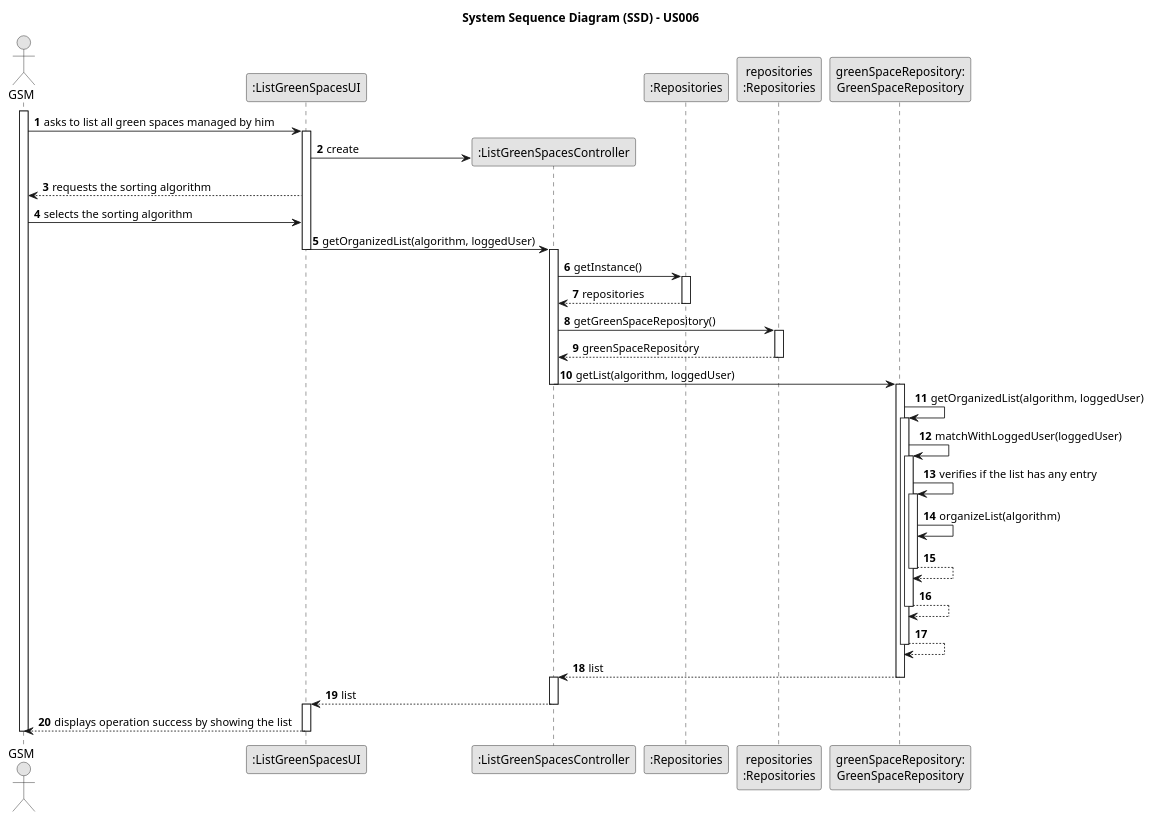
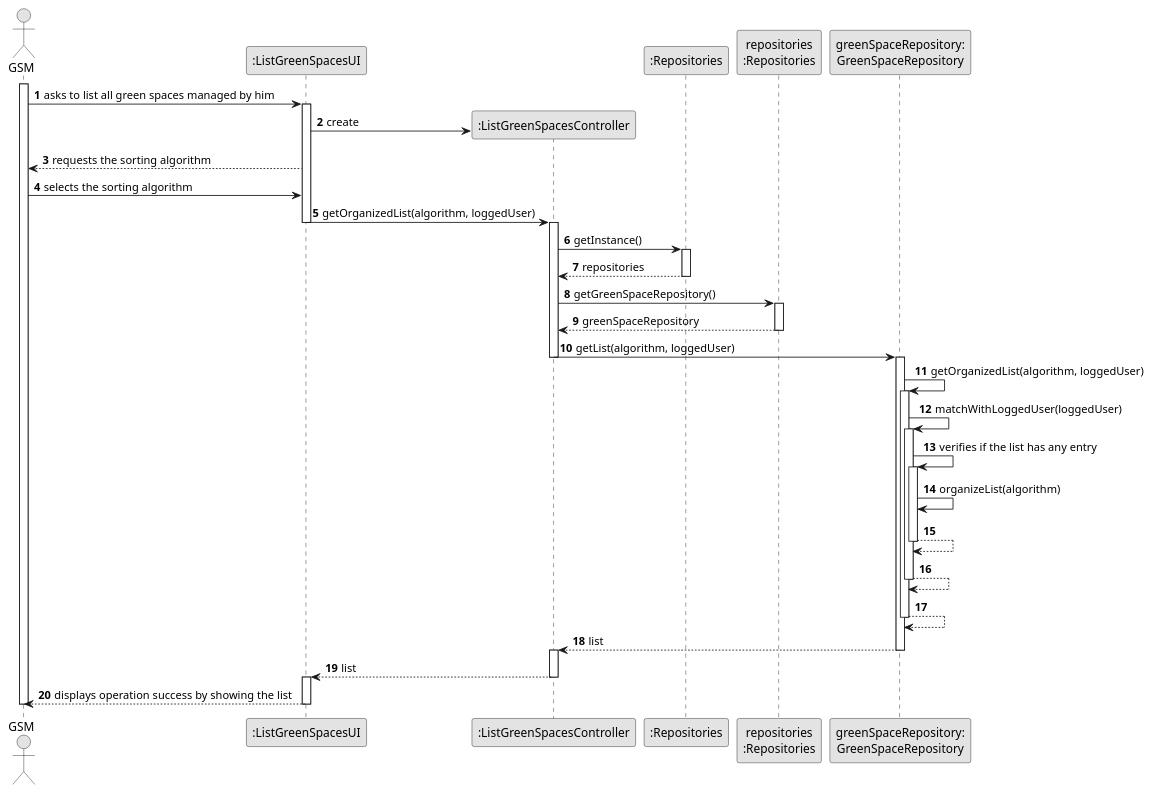
One commit to ricardomm7/leaflink changed the diagram in docs/sprintC/us027/03.design/puml/us027-sequence-diagram-full.puml. Above: the diagram before and after it, drawn with PlantUML. The commit also changed 19 other files, not shown here.

```diff
--- a/docs/sprintC/us027/03.design/puml/us027-sequence-diagram-full.puml
+++ b/docs/sprintC/us027/03.design/puml/us027-sequence-diagram-full.puml
@@ -2,64 +2,64 @@
 @startuml
 skinparam monochrome true
 skinparam packageStyle rectangle
 skinparam shadowing false
 
-title System Sequence Diagram (SSD) - US006
+'title System Sequence Diagram (SSD) - US006
 
 autonumber
 
 actor "GSM" as GSM
 participant ":ListGreenSpacesUI" as UI
 participant ":ListGreenSpacesController" as CTRL
 participant ":Repositories" as RepositorySingleton
 participant "repositories\n:Repositories" as PLAT
 participant "greenSpaceRepository:\nGreenSpaceRepository" as GreenSpaceRepo
 
 activate GSM
 GSM -> UI : asks to list all green spaces managed by him
 activate UI
 UI -> CTRL** : create
 UI --> GSM : requests the sorting algorithm
 GSM -> UI : selects the sorting algorithm
 UI -> CTRL : getOrganizedList(algorithm, loggedUser)
 
 deactivate UI
 activate CTRL
 
 CTRL -> RepositorySingleton : getInstance()
 activate RepositorySingleton
 RepositorySingleton --> CTRL : repositories
 deactivate RepositorySingleton
 CTRL -> PLAT : getGreenSpaceRepository()
 activate PLAT
 PLAT -->  CTRL: greenSpaceRepository
 deactivate PLAT
 CTRL -> GreenSpaceRepo : getList(algorithm, loggedUser)
 deactivate CTRL
 
 activate GreenSpaceRepo
 GreenSpaceRepo -> GreenSpaceRepo : getOrganizedList(algorithm, loggedUser)
 activate GreenSpaceRepo
 GreenSpaceRepo -> GreenSpaceRepo : matchWithLoggedUser(loggedUser)
 activate GreenSpaceRepo
 GreenSpaceRepo -> GreenSpaceRepo : verifies if the list has any entry
 activate GreenSpaceRepo
 GreenSpaceRepo -> GreenSpaceRepo : organizeList(algorithm)
 GreenSpaceRepo --> GreenSpaceRepo
 deactivate GreenSpaceRepo
 GreenSpaceRepo --> GreenSpaceRepo
 deactivate GreenSpaceRepo
 GreenSpaceRepo --> GreenSpaceRepo
 deactivate GreenSpaceRepo
 GreenSpaceRepo --> CTRL:list
 deactivate GreenSpaceRepo
 activate CTRL
 CTRL --> UI : list
 
 deactivate CTRL
 activate UI
 UI --> GSM : displays operation success by showing the list
 deactivate UI
 deactivate GSM
 
 @enduml
```
